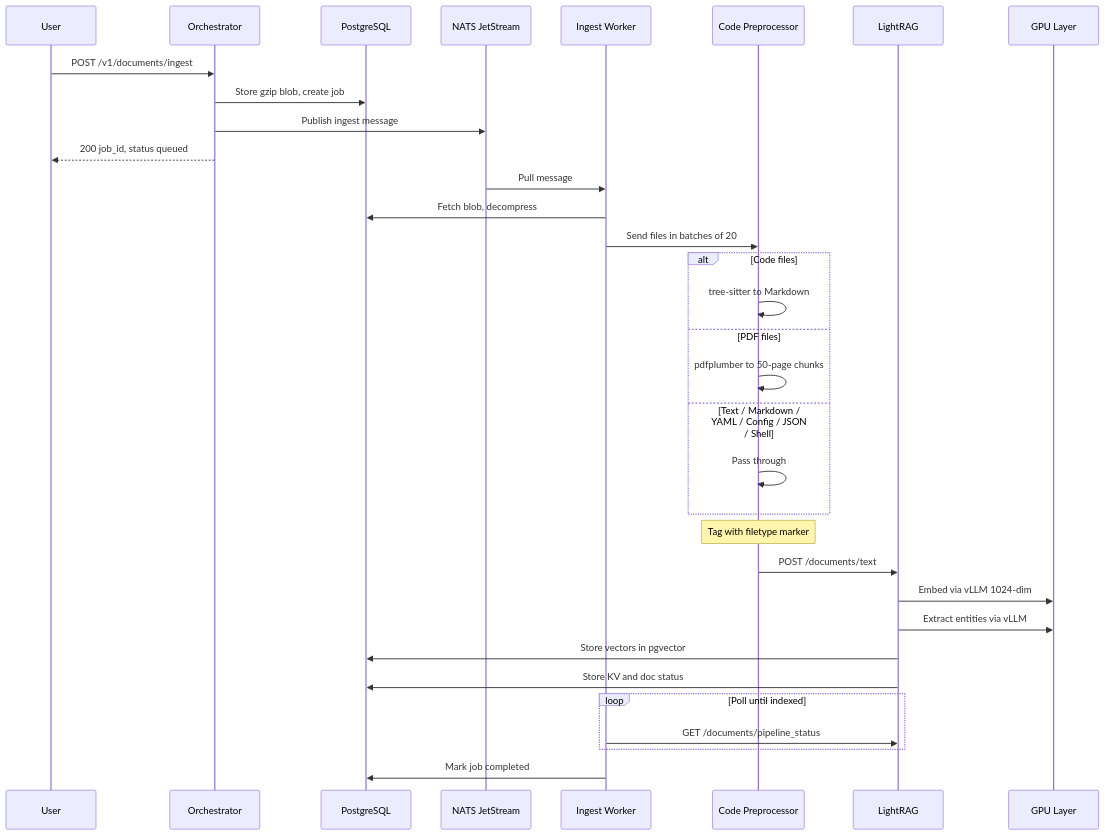
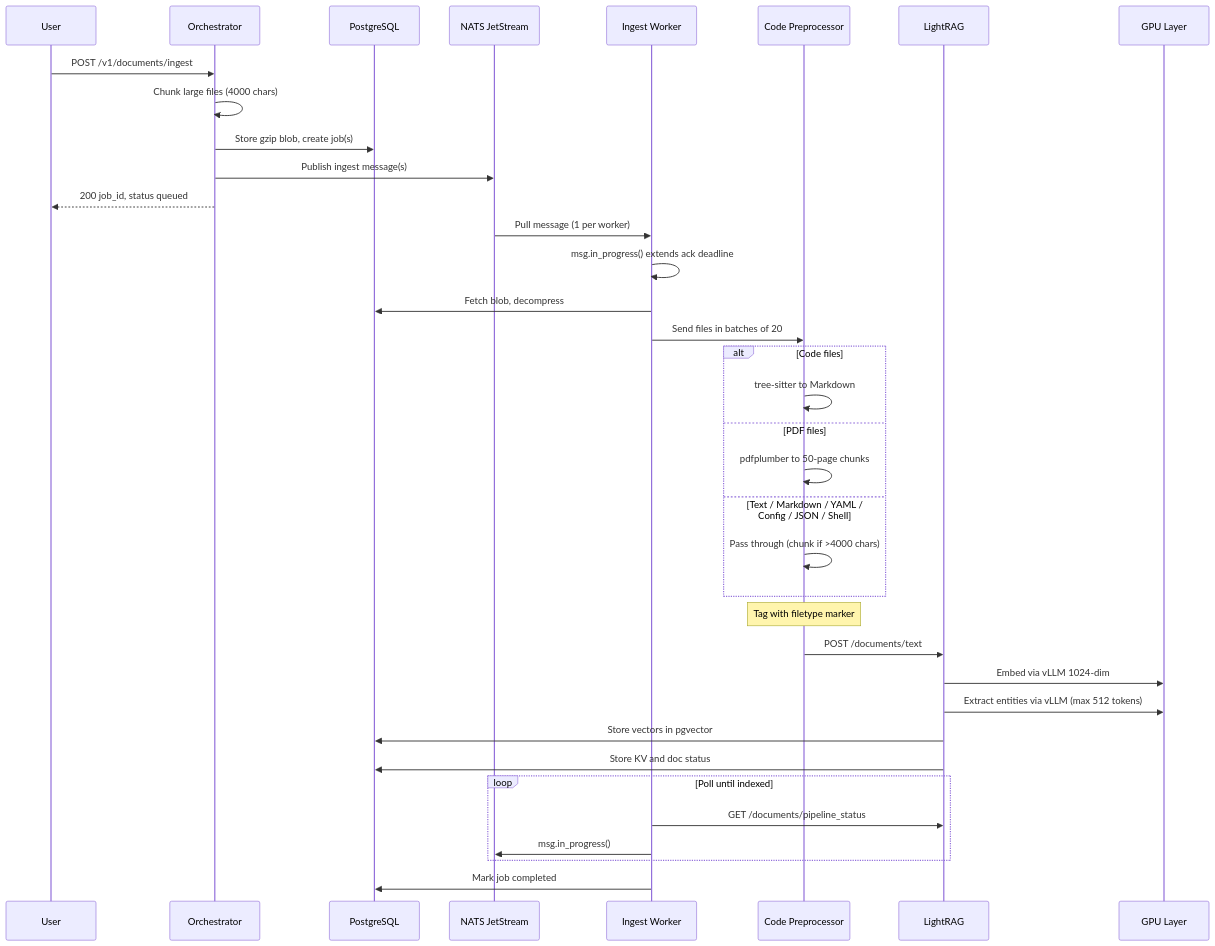
One commit to blik616287/roadrunner changed the second of 3 diagrams in README.md. Above: the diagram before and after it, drawn with Mermaid. The commit also changed other lines of this file, not shown here.

````diff
--- a/README.md
+++ b/README.md
@@ -263,42 +261,45 @@
 ```mermaid
 sequenceDiagram
     participant U as User
     participant O as Orchestrator
     participant PG as PostgreSQL
     participant NQ as NATS JetStream
     participant IW as Ingest Worker
     participant CP as Code Preprocessor
     participant LR as LightRAG
     participant GPU as GPU Layer
 
     U->>O: POST /v1/documents/ingest
-    O->>PG: Store gzip blob, create job
-    O->>NQ: Publish ingest message
+    O->>O: Chunk large files (4000 chars)
+    O->>PG: Store gzip blob, create job(s)
+    O->>NQ: Publish ingest message(s)
     O-->>U: 200 job_id, status queued
 
-    NQ->>IW: Pull message
+    NQ->>IW: Pull message (1 per worker)
+    IW->>IW: msg.in_progress() extends ack deadline
     IW->>PG: Fetch blob, decompress
     IW->>CP: Send files in batches of 20
 
     alt Code files
         CP->>CP: tree-sitter to Markdown
     else PDF files
         CP->>CP: pdfplumber to 50-page chunks
     else Text / Markdown / YAML / Config / JSON / Shell
-        CP->>CP: Pass through
+        CP->>CP: Pass through (chunk if >4000 chars)
     end
 
     Note over CP: Tag with filetype marker
 
     CP->>LR: POST /documents/text
     LR->>GPU: Embed via vLLM 1024-dim
-    LR->>GPU: Extract entities via vLLM
+    LR->>GPU: Extract entities via vLLM (max 512 tokens)
     LR->>PG: Store vectors in pgvector
     LR->>PG: Store KV and doc status
 
     loop Poll until indexed
         IW->>LR: GET /documents/pipeline_status
+        IW->>NQ: msg.in_progress()
     end
 
     IW->>PG: Mark job completed
 ```
````
